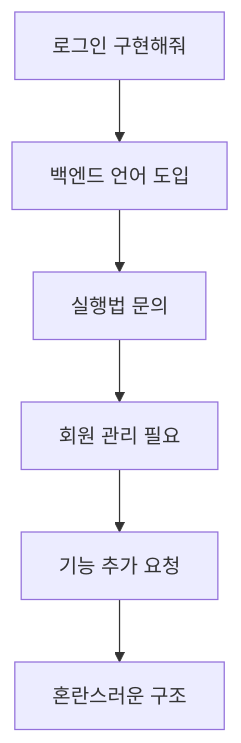
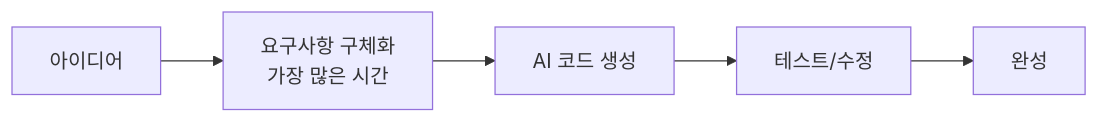
One commit to nugurejeil/weniVooks changed the second of 4 diagrams in _md/essentials-vibecoding/chapter01/01-5.md. Above: the diagram before and after it, drawn with Mermaid. The commit also changed other lines of this file and 5 other files, not shown here.

````diff
--- a/_md/essentials-vibecoding/chapter01/01-5.md
+++ b/_md/essentials-vibecoding/chapter01/01-5.md
@@ -71,8 +44,7 @@
 ```mermaid
-flowchart TD
-    A["로그인 구현해줘"] --> B["백엔드 언어 도입"]
-    B --> C["실행법 문의"]
-    C --> D["회원 관리 필요"]
-    D --> E["기능 추가 요청"]
-    E --> F["혼란스러운 구조"]
+flowchart LR
+    A["아이디어"] --> B["요구사항 구체화<br/>가장 많은 시간"]
+    B --> C["AI 코드 생성"]
+    C --> D["테스트/수정"]
+    D --> E["완성"]
 ```
````
